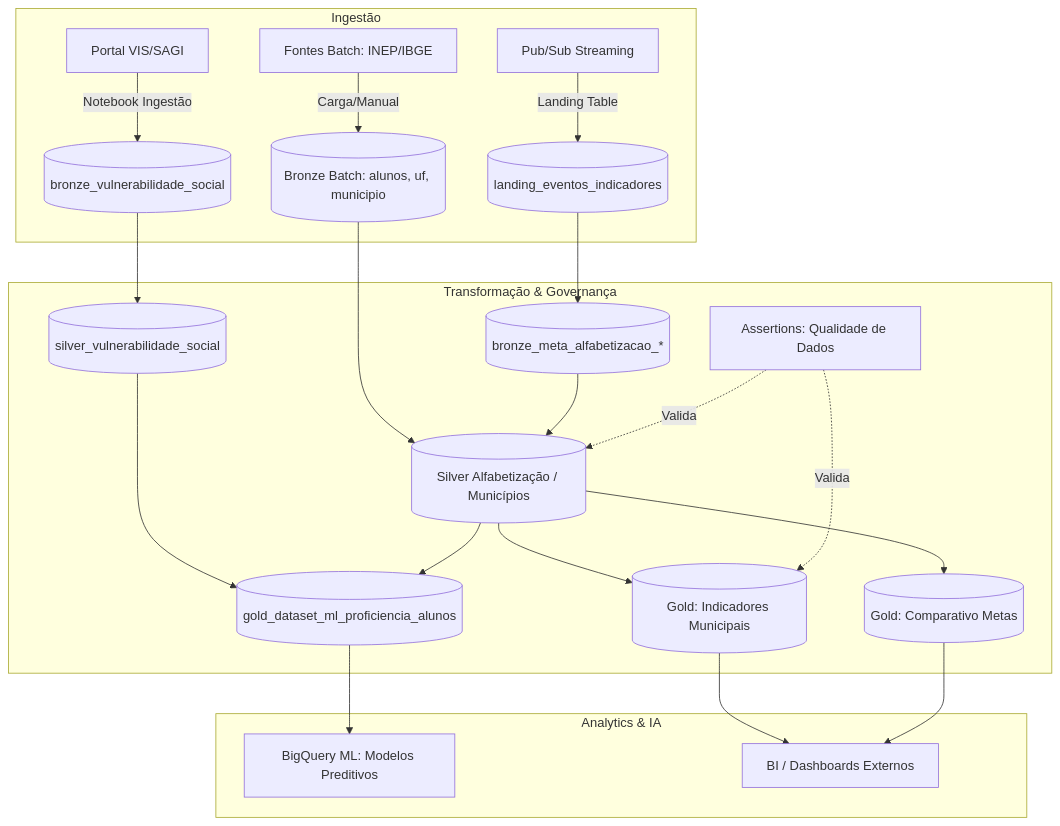
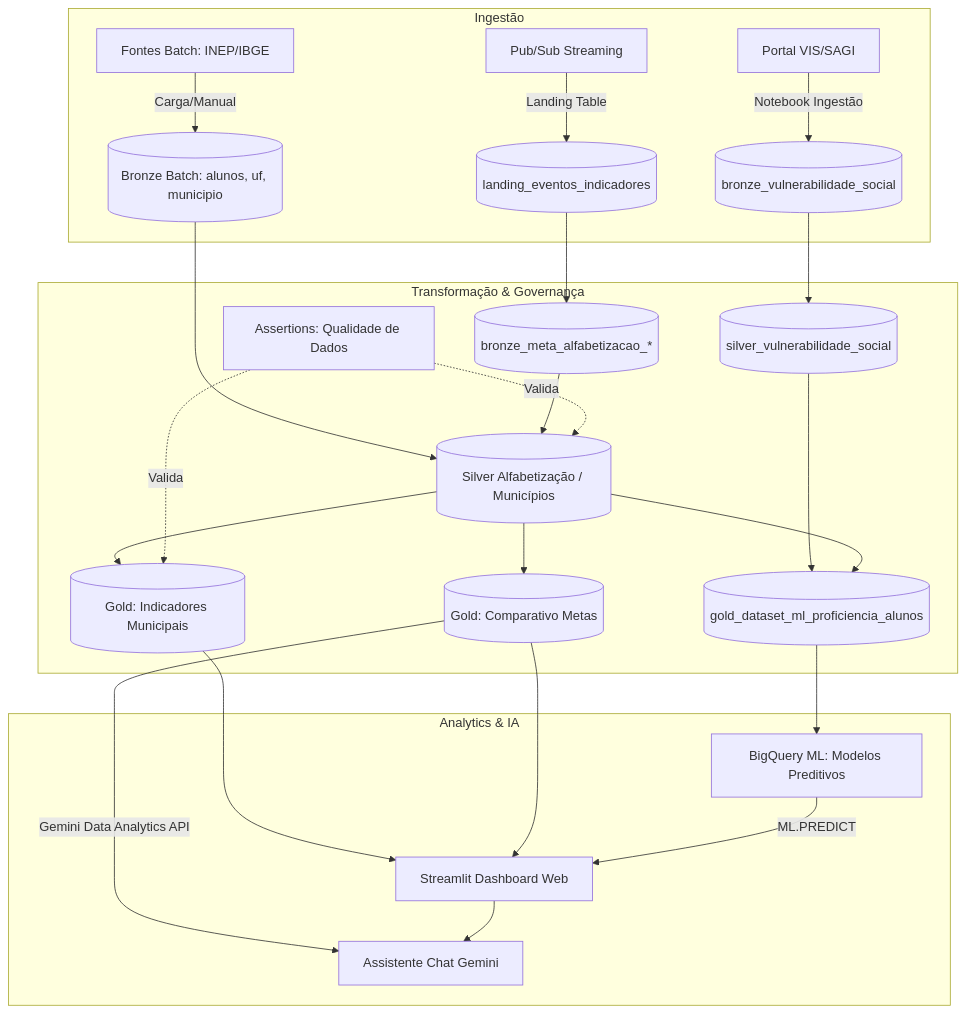
The diagram in README.md (vanessahay/1IAST-TechChallenge-Fase2), drawn with Mermaid before and after one commit. The commit also changed other lines of this file and 3 other files, not shown here.

Commit message:
feat: recria dashboard streamlit consumindo apenas a camada gold e modelos V2

````diff
--- a/README.md
+++ b/README.md
@@ -28,29 +29,32 @@
 ```mermaid
 graph TD
     subgraph Ingestão
         A[Fontes Batch: INEP/IBGE] -->|Carga/Manual| B[(Bronze Batch: alunos, uf, municipio)]
         C[Portal VIS/SAGI] -->|Notebook Ingestão| D[(bronze_vulnerabilidade_social)]
         E[Pub/Sub Streaming] -->|Landing Table| F[(landing_eventos_indicadores)]
     end
 
     subgraph Dataform [Transformação & Governança]
         B --> G[(Silver Alfabetização / Municípios)]
         D --> H[(silver_vulnerabilidade_social)]
         F --> I[(bronze_meta_alfabetizacao_*)]
         
         I --> G
         G --> J[(Gold: Indicadores Municipais)]
         G --> K[(Gold: Comparativo Metas)]
         H --> L[(gold_dataset_ml_proficiencia_alunos)]
         G --> L
         
         M[Assertions: Qualidade de Dados] -.->|Valida| G
         M -.->|Valida| J
     end
 
     subgraph Analytics & IA
         L --> N[BigQuery ML: Modelos Preditivos]
-        J --> P[BI / Dashboards Externos]
-        K --> P
+        J --> O[Streamlit Dashboard Web]
+        K --> O
+        N -->|ML.PREDICT| O
+        K -->|Gemini Data Analytics API| P[Assistente Chat Gemini]
+        O --> P
     end
 ```
````
